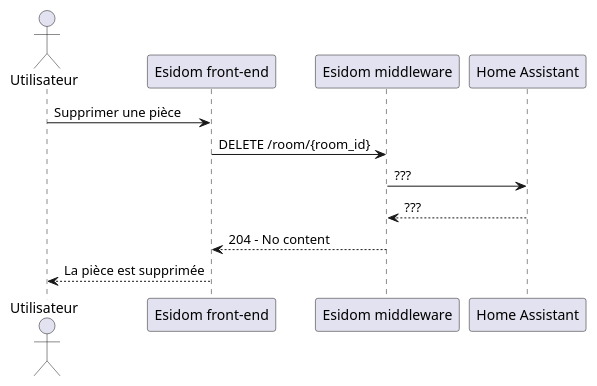
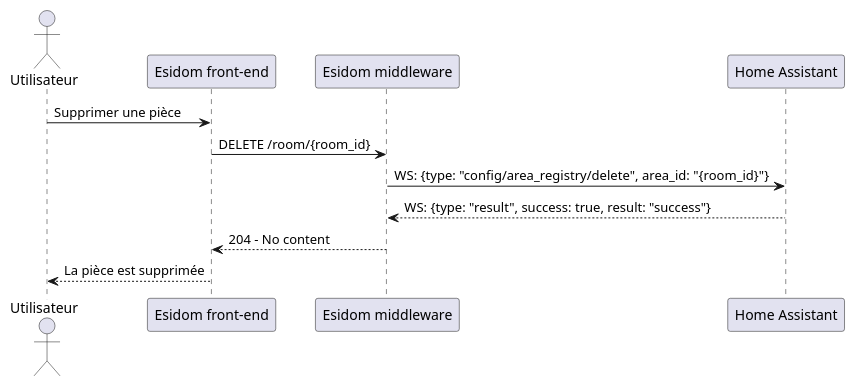
Before and after one commit to SKAVALT-io/esidom_doc: the diagram in cdct/diagramme_de_sequence/plantuml/supprimer_piece.puml, drawn with PlantUML. The commit also changed 7 other files, not shown here.

Commit message:
docs(cdct): update sequence diagram

```diff
--- a/cdct/diagramme_de_sequence/plantuml/supprimer_piece.puml
+++ b/cdct/diagramme_de_sequence/plantuml/supprimer_piece.puml
@@ -1,15 +1,15 @@
 @startuml supprimer pièce
 
 actor "Utilisateur" as u
 participant "Esidom front-end" as fe
 participant "Esidom middleware" as m
 participant "Home Assistant" as ha
 
 u -> fe: Supprimer une pièce
 fe -> m: DELETE /room/{room_id}
-m -> ha: ???
-ha --> m: ???
+m -> ha: WS: {type: "config/area_registry/delete", area_id: "{room_id}"}
+ha --> m: WS: {type: "result", success: true, result: "success"}
 m --> fe: 204 - No content
 fe --> u: La pièce est supprimée
 
 @enduml
```
